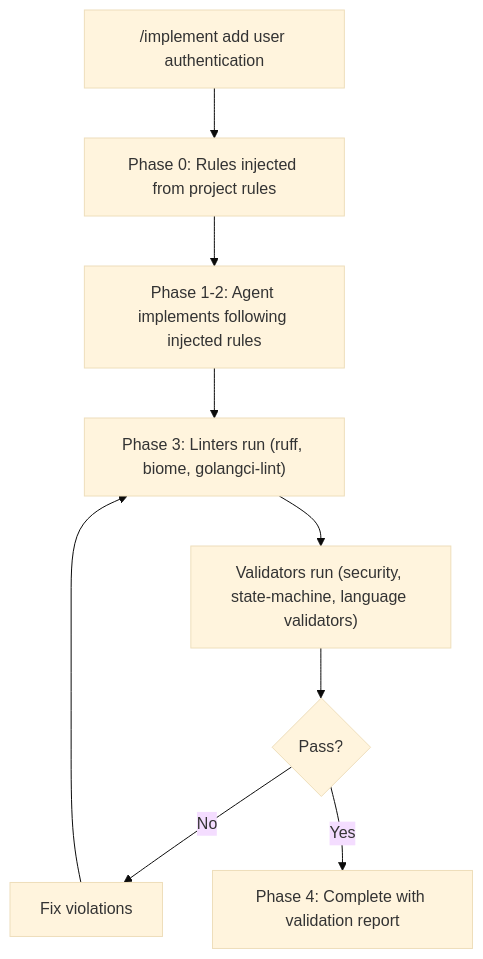
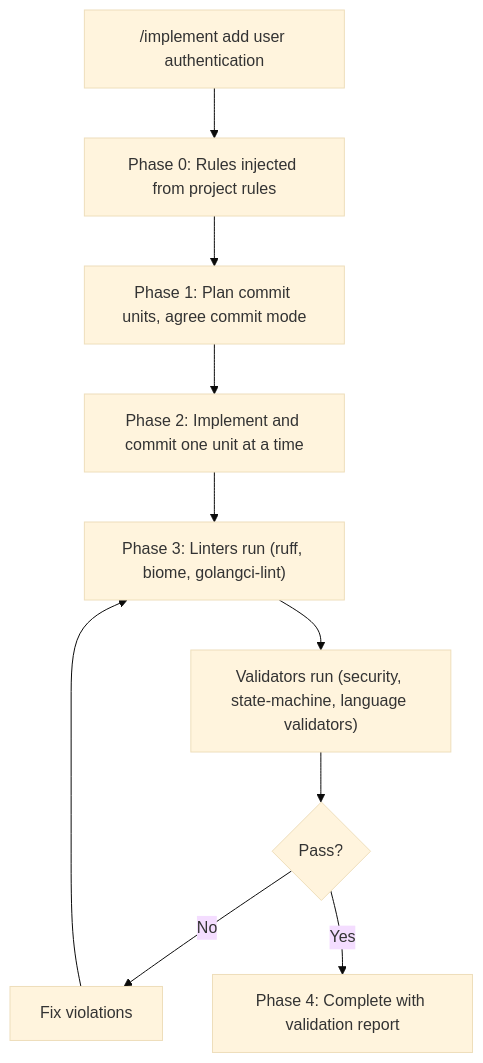
The second of 2 diagrams in README.md (peteski22/agent-pragma), drawn with Mermaid (base theme) before and after one commit. The commit also changed other lines of this file and 2 other files, not shown here.

First line of the commit message:
docs: describe the commit checkpoint loop in the pipeline

````diff
--- a/README.md
+++ b/README.md
@@ -202,11 +211,12 @@
 ```mermaid
 flowchart TD
     A["/implement add user authentication"] --> B["Phase 0: Rules injected from project rules"]
-    B --> C["Phase 1-2: Agent implements following injected rules"]
-    C --> D["Phase 3: Linters run (ruff, biome, golangci-lint)"]
+    B --> C["Phase 1: Plan commit units, agree commit mode"]
+    C --> C2["Phase 2: Implement and commit one unit at a time"]
+    C2 --> D["Phase 3: Linters run (ruff, biome, golangci-lint)"]
     D --> E["Validators run (security, state-machine, language validators)"]
     E --> F{Pass?}
     F -->|No| G["Fix violations"]
     G --> D
     F -->|Yes| H["Phase 4: Complete with validation report"]
 ```
````
